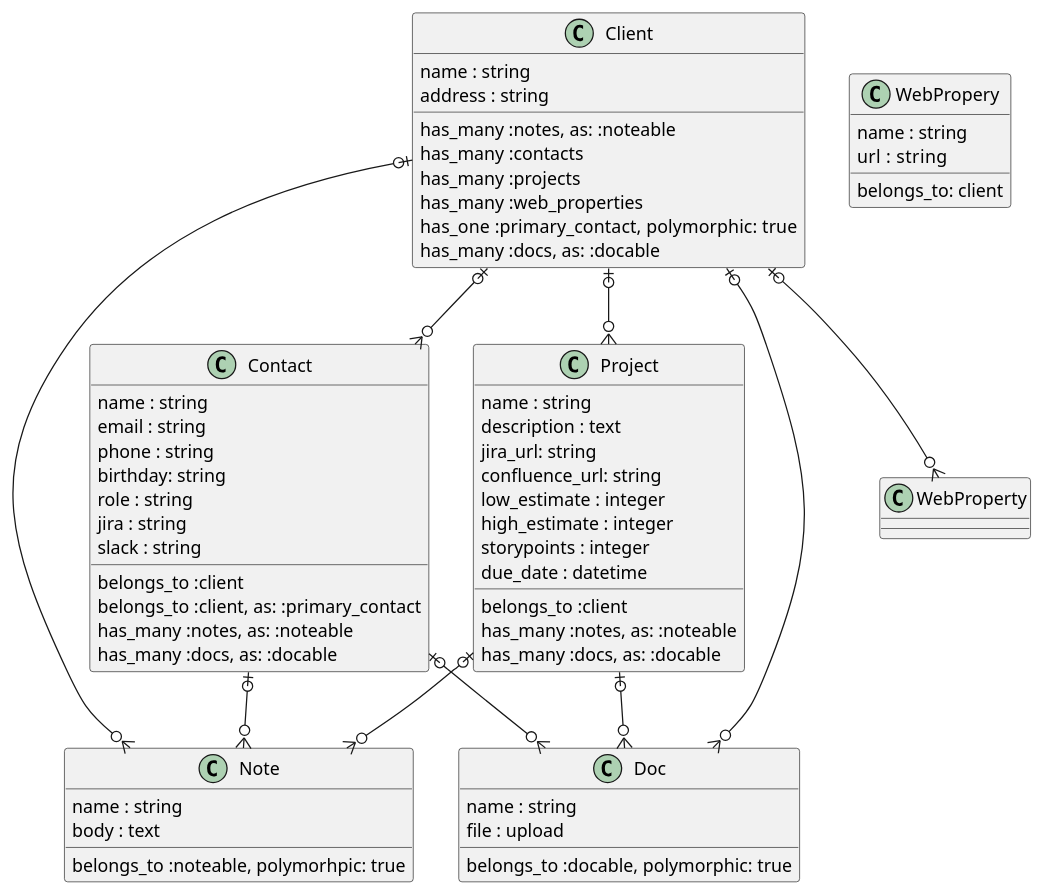
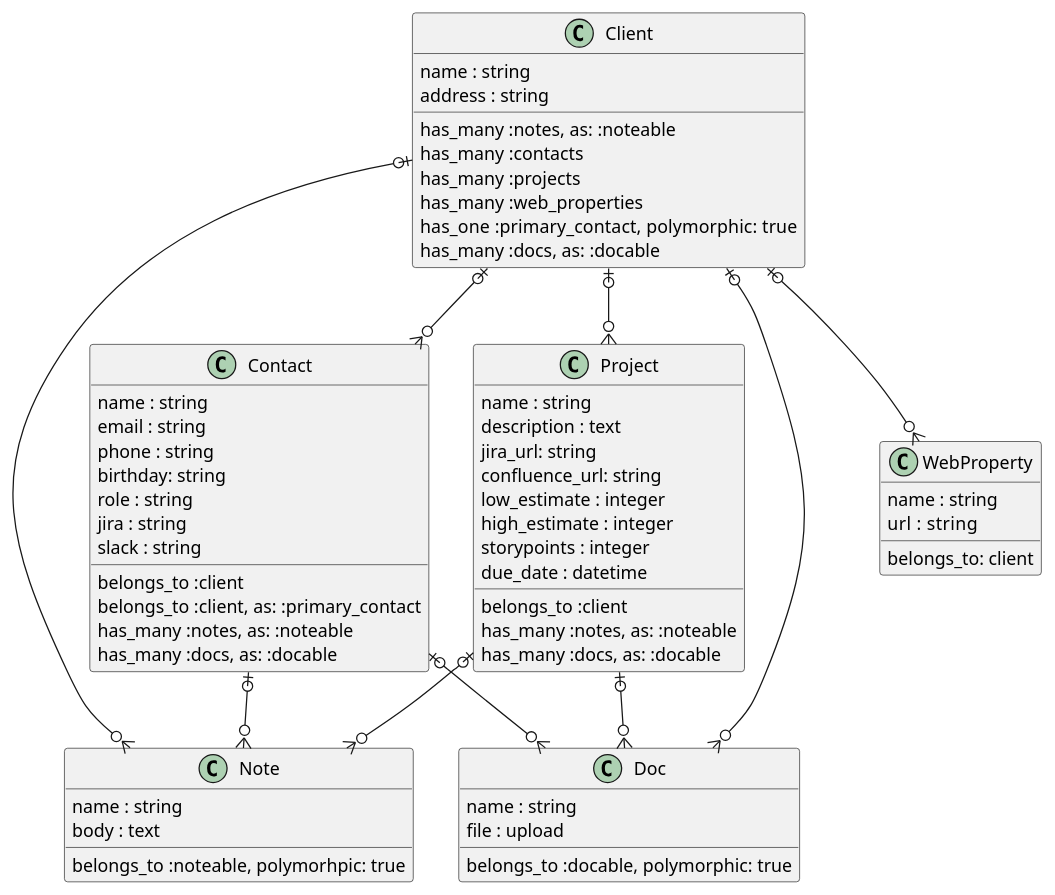
One commit to SwiftkickWeb/armadillo changed the diagram in ia.puml. Above: the diagram before and after it, drawn with PlantUML.

Commit message:
fixed an IA typo

```diff
--- a/ia.puml
+++ b/ia.puml
@@ -1,69 +1,69 @@
 @startuml
 
 class Client {
     name : string
     address : string
     {method} has_many :notes, as: :noteable
     {method} has_many :contacts
     {method} has_many :projects
     {method} has_many :web_properties
     {method} has_one  :primary_contact, polymorphic: true
     {method} has_many :docs, as: :docable
 }
 class Note { 
     name : string
     body : text
     {method} belongs_to :noteable, polymorhpic: true
 }
 
 class Project { 
     name : string
     description : text
     jira_url: string
     confluence_url: string
     low_estimate : integer
     high_estimate : integer
     storypoints : integer
     due_date : datetime
     {method}  belongs_to :client
     {method} has_many :notes, as: :noteable
     {method} has_many :docs, as: :docable
 }
 
 class Contact { 
     name : string
     email : string
     phone : string
     birthday: string
     role : string
     jira : string
     slack : string
     {method} belongs_to :client
     {method} belongs_to :client, as: :primary_contact
     {method} has_many :notes, as: :noteable
     {method} has_many :docs, as: :docable
 }
 
-class WebPropery {
+class WebProperty {
     name : string
     url  : string
     {method} belongs_to: client
 }
 
 class Doc {
     name : string
     file : upload
     {method} belongs_to :docable, polymorphic: true
 }
 
 Client |o--o{ Note
 Client |o--o{ Project
 Client |o--o{ Contact
 Client |o--o{ WebProperty
 Client |o--o{ Doc
 Project |o--o{ Note
 Project |o--o{ Doc
 Contact |o--o{ Note
 Contact |o--o{ Doc
 
 @enduml
```
